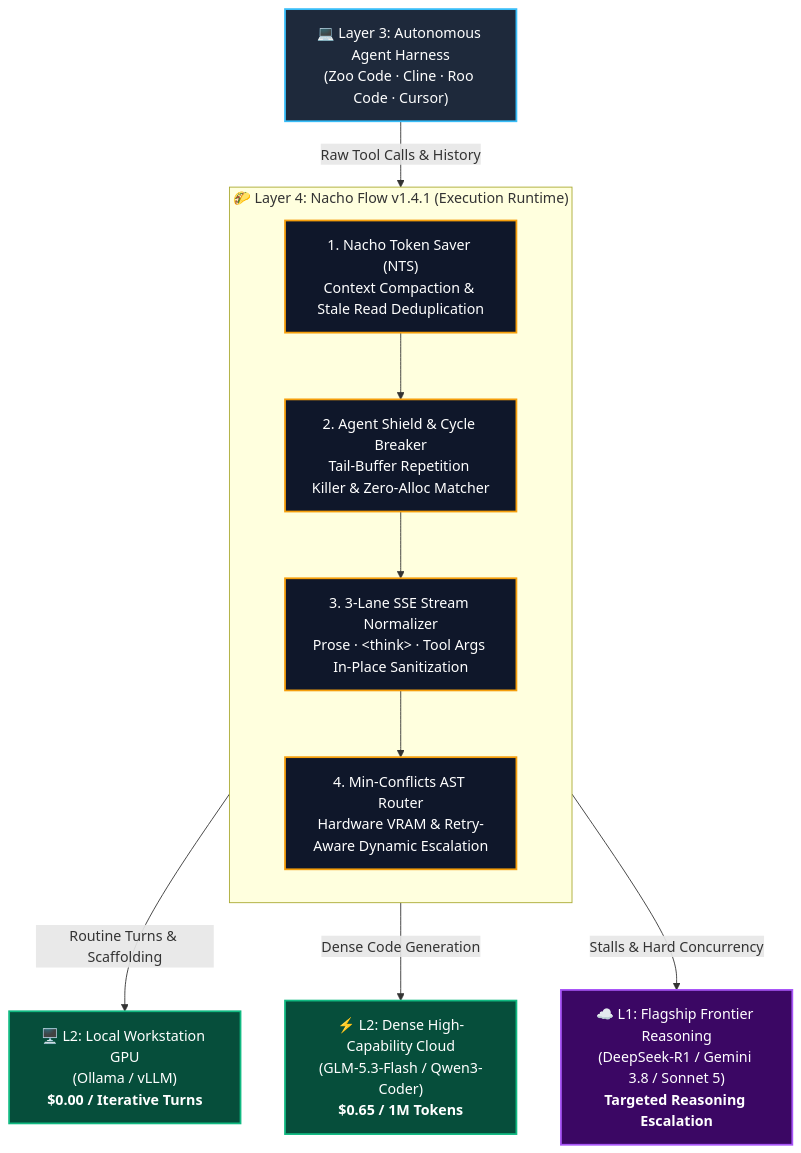
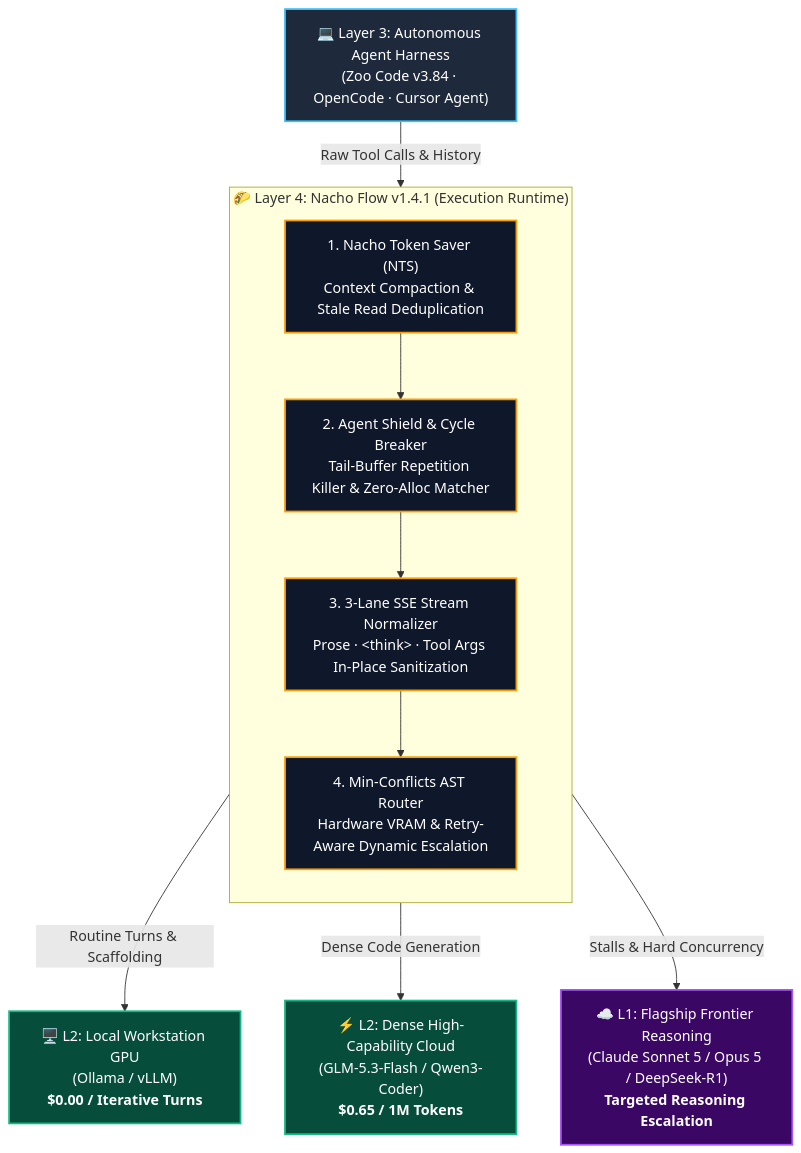
The first of 2 diagrams in site/docs/THE_AUTONOMOUS_AGENT_RUNTIME_WHITEPAPER.md (dixieflatline76/nacho-flow), drawn with Mermaid before and after one commit. The commit also changed other lines of this file and 2 other files, not shown here.

Commit message:
docs: refine whitepaper with verified real-world developer problems and 2026 agent stack lingo

````diff
--- a/site/docs/THE_AUTONOMOUS_AGENT_RUNTIME_WHITEPAPER.md
+++ b/site/docs/THE_AUTONOMOUS_AGENT_RUNTIME_WHITEPAPER.md
@@ -32,28 +24,28 @@
 ```mermaid
 flowchart TD
     classDef client fill:#1e293b,stroke:#38bdf8,stroke-width:2px,color:#fff;
     classDef runtime fill:#0f172a,stroke:#f59e0b,stroke-width:2px,color:#fff;
     classDef backend fill:#064e3b,stroke:#10b981,stroke-width:2px,color:#fff;
     classDef frontier fill:#3b0764,stroke:#a855f7,stroke-width:2px,color:#fff;
 
-    Client["💻 Layer 3: Autonomous Agent Harness<br/>(Zoo Code · Cline · Roo Code · Cursor)"]:::client
+    Client["💻 Layer 3: Autonomous Agent Harness<br/>(Zoo Code v3.84 · OpenCode · Cursor Agent)"]:::client
     
     subgraph NachoRuntime ["🌮 Layer 4: Nacho Flow v1.4.1 (Execution Runtime)"]
         direction TB
         NTS["1. Nacho Token Saver (NTS)<br/>Context Compaction & Stale Read Deduplication"]:::runtime
         Shield["2. Agent Shield & Cycle Breaker<br/>Tail-Buffer Repetition Killer & Zero-Alloc Matcher"]:::runtime
         Normalizer["3. 3-Lane SSE Stream Normalizer<br/>Prose · &lt;think&gt; · Tool Args In-Place Sanitization"]:::runtime
         Tuner["4. Min-Conflicts AST Router<br/>Hardware VRAM & Retry-Aware Dynamic Escalation"]:::runtime
         
         NTS --> Shield --> Normalizer --> Tuner
     end
 
     LocalGPU["🖥️ L2: Local Workstation GPU<br/>(Ollama / vLLM)<br/><b>$0.00 / Iterative Turns</b>"]:::backend
     BudgetCloud["⚡ L2: Dense High-Capability Cloud<br/>(GLM-5.3-Flash / Qwen3-Coder)<br/><b>$0.65 / 1M Tokens</b>"]:::backend
-    FrontierCloud["☁️ L1: Flagship Frontier Reasoning<br/>(DeepSeek-R1 / Gemini 3.8 / Sonnet 5)<br/><b>Targeted Reasoning Escalation</b>"]:::frontier
+    FrontierCloud["☁️ L1: Flagship Frontier Reasoning<br/>(Claude Sonnet 5 / Opus 5 / DeepSeek-R1)<br/><b>Targeted Reasoning Escalation</b>"]:::frontier
 
     Client -->|Raw Tool Calls & History| NachoRuntime
     Tuner -->|Routine Turns & Scaffolding| LocalGPU
     Tuner -->|Dense Code Generation| BudgetCloud
     Tuner -->|Stalls & Hard Concurrency| FrontierCloud
 ```
````
